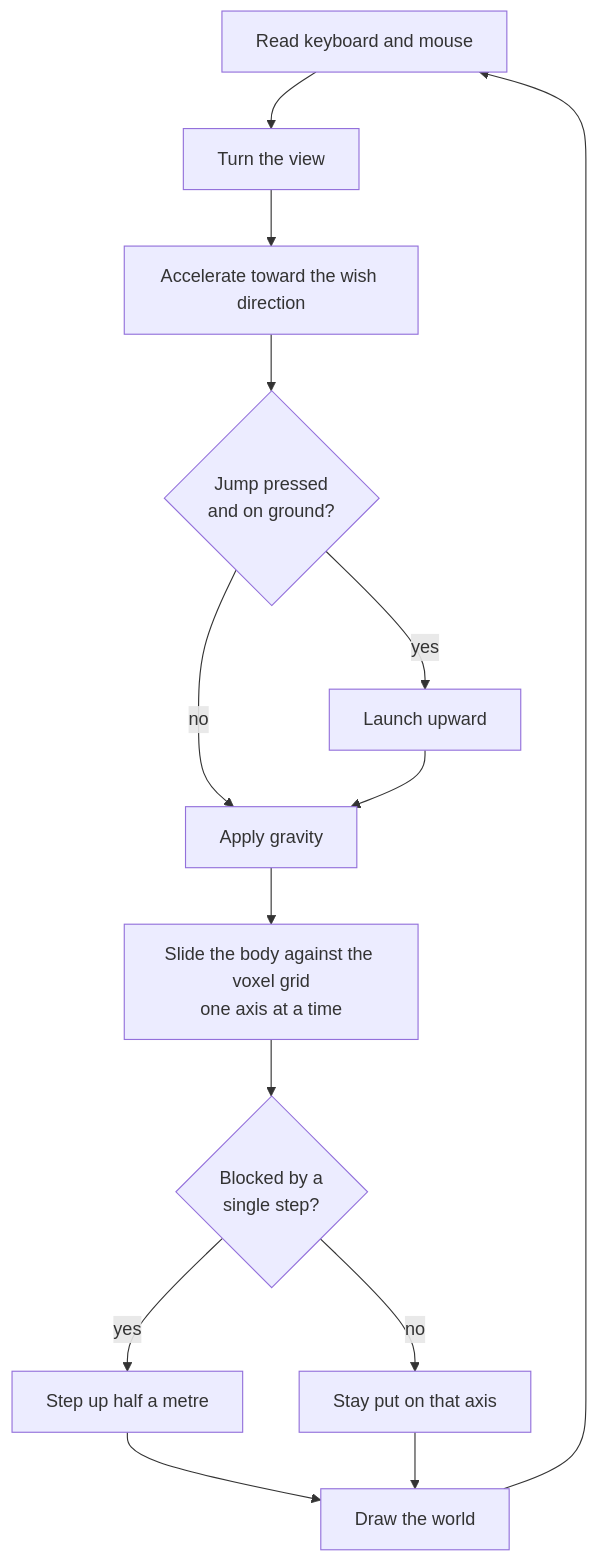
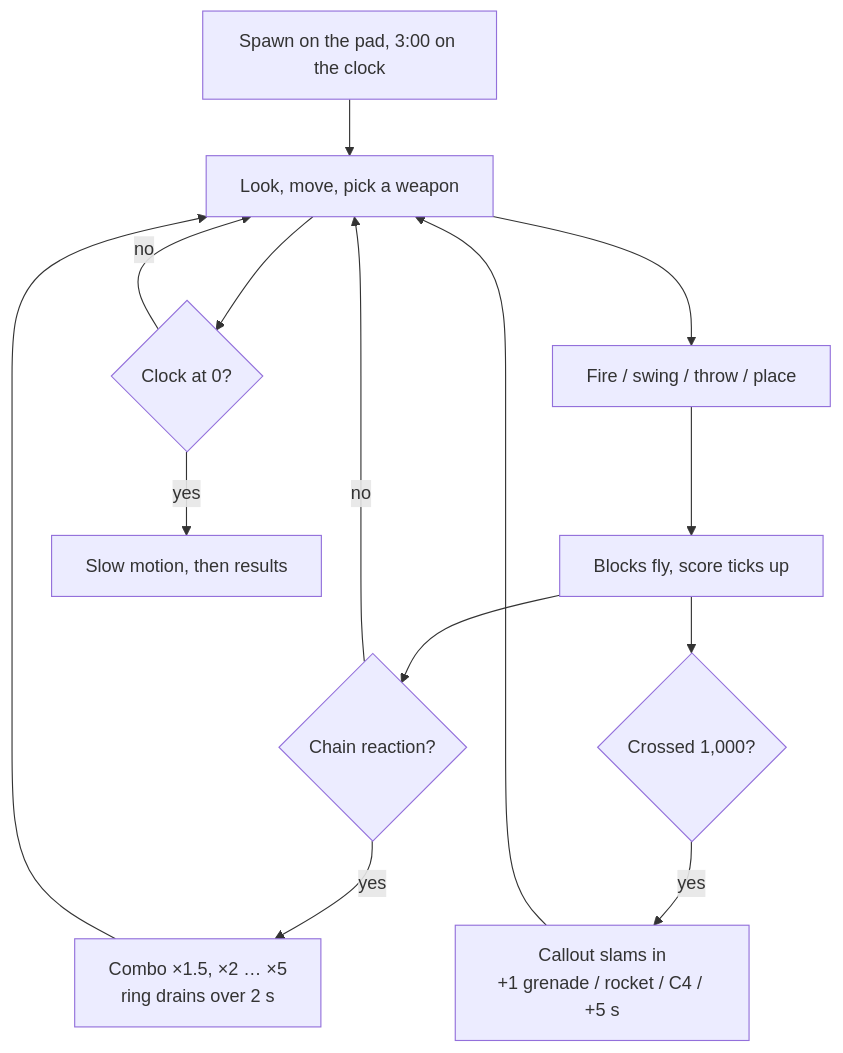
The second of 6 diagrams in docs/PLAYER-FLOW.md (chesterbait88/Sandbox), drawn with Mermaid before and after one commit. The commit also changed other lines of this file and 10 other files, not shown here.

First line of the commit message:
phase 4: game flow and HUD — Flow state machine, round clock, nine screens, HUD widgets, in-memory API, end-to-end round

````diff
--- a/docs/PLAYER-FLOW.md
+++ b/docs/PLAYER-FLOW.md
@@ -25,16 +42,16 @@
 ```mermaid
 flowchart TD
-    I[Read keyboard and mouse] --> L[Turn the view]
-    L --> M[Accelerate toward the wish direction]
-    M --> J{Jump pressed<br/>and on ground?}
-    J -->|yes| K[Launch upward]
-    J -->|no| G[Apply gravity]
-    K --> G
-    G --> S[Slide the body against the voxel grid<br/>one axis at a time]
-    S --> U{Blocked by a<br/>single step?}
-    U -->|yes| V[Step up half a metre]
-    U -->|no| W[Stay put on that axis]
-    V --> R[Draw the world]
-    W --> R
-    R --> I
+    S[Spawn on the pad, 3:00 on the clock] --> L[Look, move, pick a weapon]
+    L --> F[Fire / swing / throw / place]
+    F --> D[Blocks fly, score ticks up]
+    D --> Q{Chain reaction?}
+    Q -->|yes| X[Combo ×1.5, ×2 … ×5<br/>ring drains over 2 s]
+    Q -->|no| L
+    X --> L
+    D --> Mi{Crossed 1,000?}
+    Mi -->|yes| Ca[Callout slams in<br/>+1 grenade / rocket / C4 / +5 s]
+    Ca --> L
+    L --> T{Clock at 0?}
+    T -->|no| L
+    T -->|yes| E[Slow motion, then results]
 ```
````
